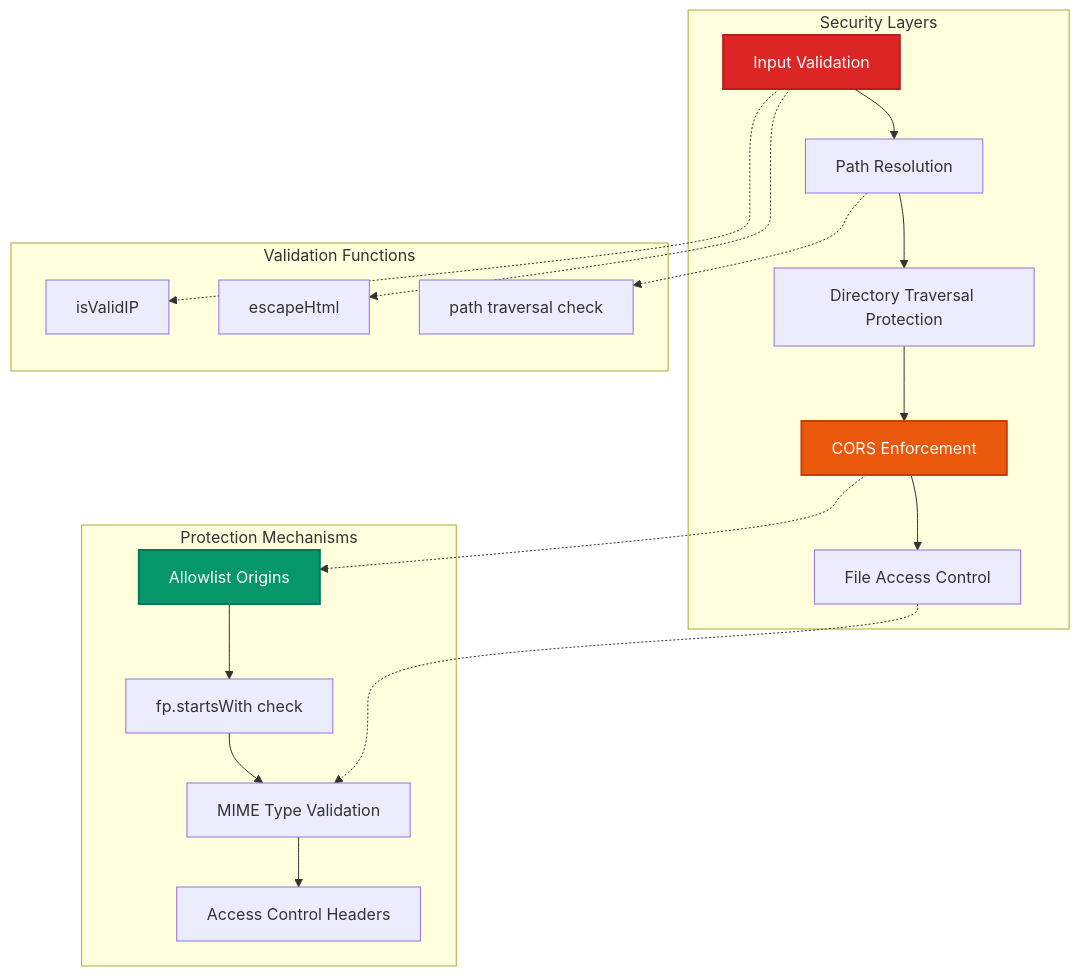
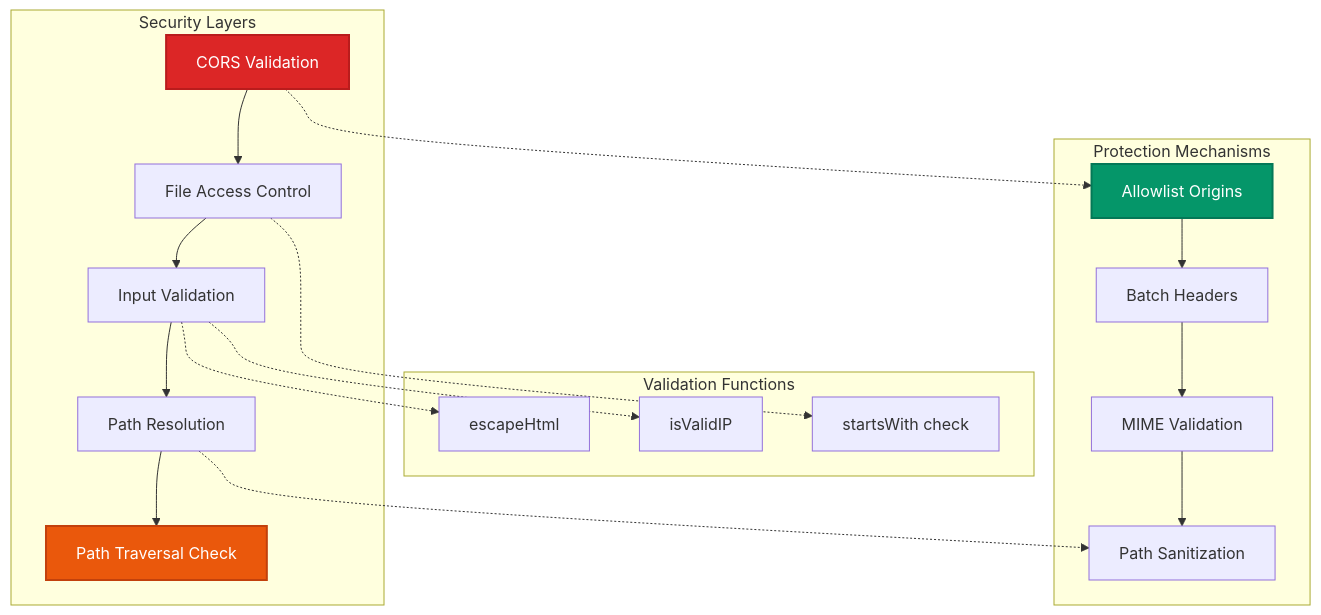
Before and after one commit to avoidwork/woodland: the fourth of 9 diagrams in docs/TECHNICAL_DOCUMENTATION.md, drawn with Mermaid. The commit also changed other lines of this file, not shown here.

Commit message:
docs: update Security Architecture and Caching Strategy diagrams

````diff
--- a/docs/TECHNICAL_DOCUMENTATION.md
+++ b/docs/TECHNICAL_DOCUMENTATION.md
@@ -280,31 +280,31 @@
 ```mermaid
 graph TB
     subgraph "Security Layers"
-        A[Input Validation] --> B[Path Resolution]
-        B --> C[Directory Traversal Protection]
-        C --> D[CORS Enforcement]
-        D --> E[File Access Control]
+        A[CORS Validation] --> B[File Access Control]
+        B --> C[Input Validation]
+        C --> D[Path Resolution]
+        D --> E[Path Traversal Check]
     end
 
     subgraph "Validation Functions"
-        F[isValidIP]
-        G[escapeHtml]
-        H[path traversal check]
+        F[escapeHtml]
+        G[isValidIP]
+        H[startsWith check]
     end
 
     subgraph "Protection Mechanisms"
-        I[Allowlist Origins] --> J[fp.startsWith check]
-        J --> K[MIME Type Validation]
-        K --> L[Access Control Headers]
+        I[Allowlist Origins] --> J[Batch Headers]
+        J --> K[MIME Validation]
+        K --> L[Path Sanitization]
     end
 
-    A -.-> F
-    A -.-> G
+    A -.-> I
     B -.-> H
-    D -.-> I
-    E -.-> K
+    C -.-> F
+    C -.-> G
+    D -.-> L
 
     style A fill:#dc2626,stroke:#b91c1c,stroke-width:2px,color:#ffffff
-    style D fill:#ea580c,stroke:#c2410c,stroke-width:2px,color:#ffffff
+    style E fill:#ea580c,stroke:#c2410c,stroke-width:2px,color:#ffffff
     style I fill:#059669,stroke:#047857,stroke-width:2px,color:#ffffff
 ```
````
